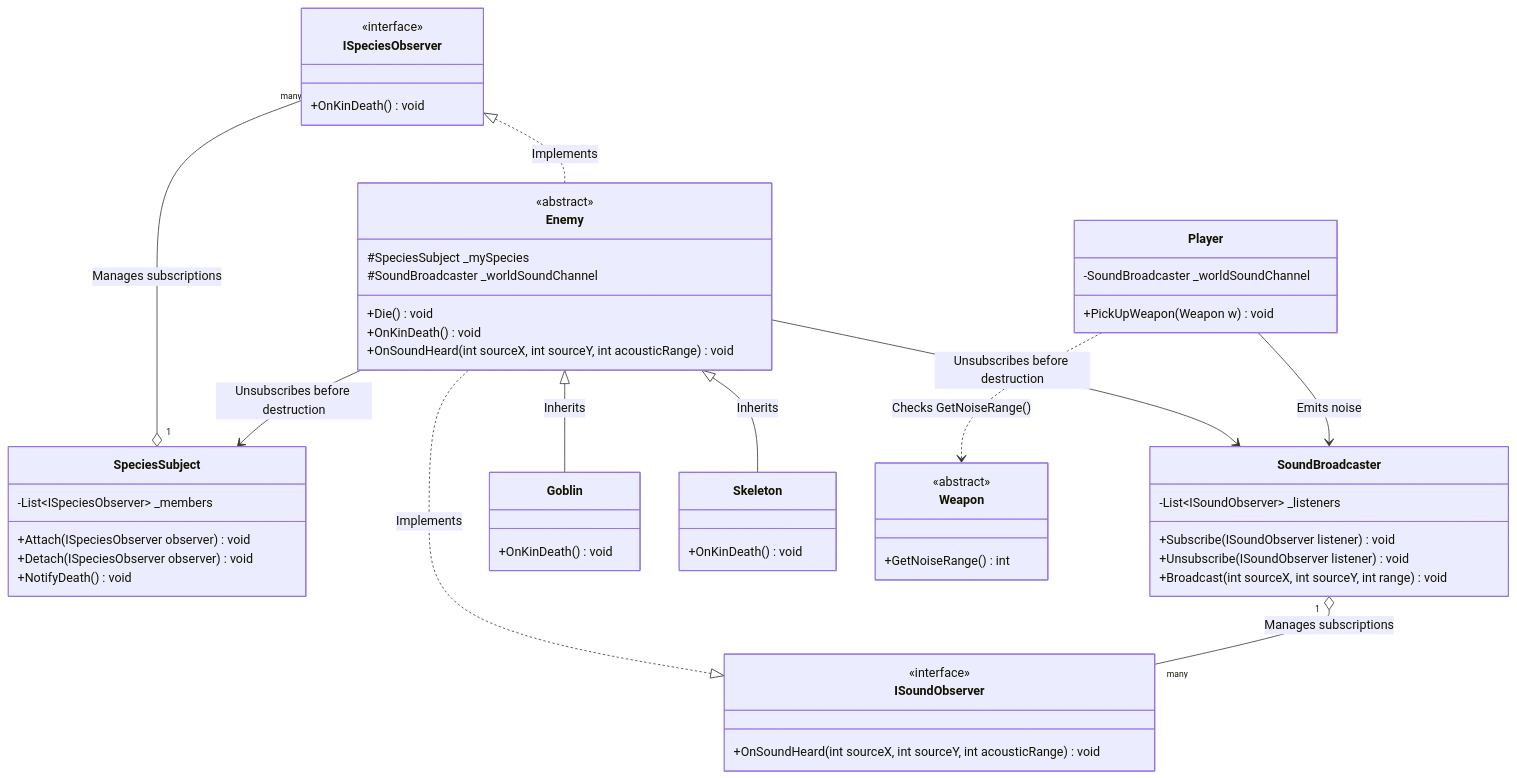
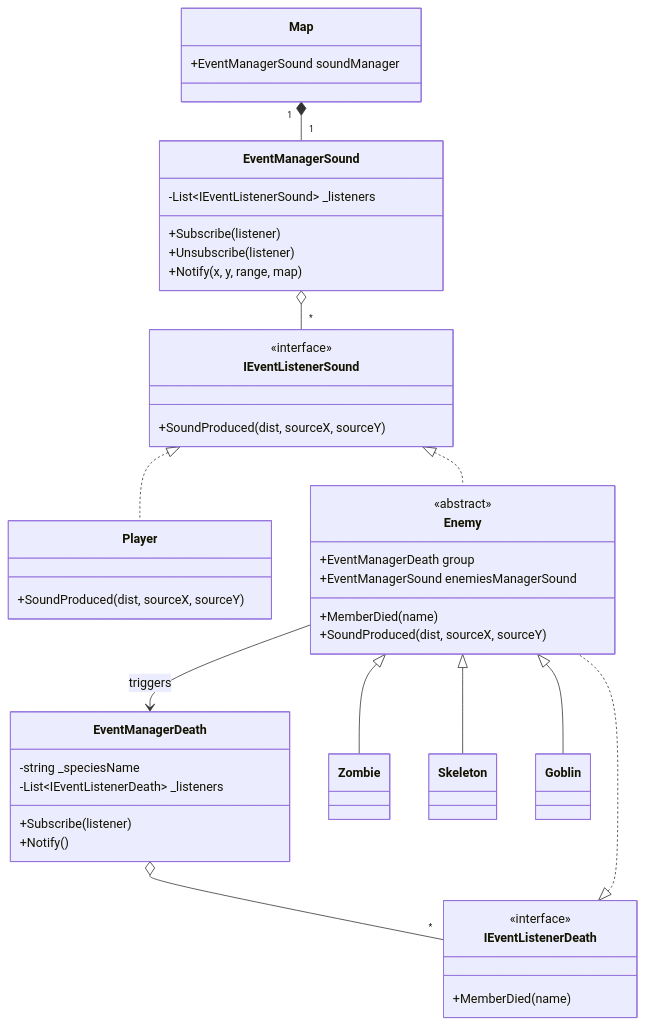
One commit to anniigr/ConsoleRPG-Game--PO changed the fourth of 5 diagrams in Readme.md. Above: the diagram before and after it, drawn with Mermaid. The commit also changed other lines of this file, not shown here.

````diff
--- a/Readme.md
+++ b/Readme.md
@@ -509,75 +461,60 @@
 ```mermaid
 classDiagram
-    direction TB
-
-    %% --- CUSTOM OBSERVER: HERD BEHAVIOR ---
-    class ISpeciesObserver {
-        <<interface>>
-        +OnKinDeath() void
+    class Map {
+        +EventManagerSound soundManager
     }
 
-    class SpeciesSubject {
-        -List~ISpeciesObserver~ _members
-        +Attach(ISpeciesObserver observer) void
-        +Detach(ISpeciesObserver observer) void
-        +NotifyDeath() void
+    class EventManagerSound {
+        -List~IEventListenerSound~ _listeners
+        +Subscribe(listener)
+        +Unsubscribe(listener)
+        +Notify(x, y, range, map)
     }
 
-    %% --- CUSTOM OBSERVER: ACOUSTIC SYSTEM ---
-    class ISoundObserver {
-        <<interface>>
-        +OnSoundHeard(int sourceX, int sourceY, int acousticRange) void
+    class EventManagerDeath {
+        -string _speciesName
+        -List~IEventListenerDeath~ _listeners
+        +Subscribe(listener)
+        +Notify()
     }
 
-    class SoundBroadcaster {
-        -List~ISoundObserver~ _listeners
-        +Subscribe(ISoundObserver listener) void
-        +Unsubscribe(ISoundObserver listener) void
-        +Broadcast(int sourceX, int sourceY, int range) void
+    class IEventListenerSound {
+        <<interface>>
+        +SoundProduced(dist, sourceX, sourceY)
     }
 
-    %% --- ENTITIES & POLYMORPHISM ---
-    class Enemy {
-        <<abstract>>
-        #SpeciesSubject _mySpecies
-        #SoundBroadcaster _worldSoundChannel
-        +Die() void
-        +OnKinDeath() void
-        +OnSoundHeard(int sourceX, int sourceY, int acousticRange) void
-    }
-
-    class Goblin {
-        +OnKinDeath() void
-        %% Lowers stats (Cowardly)
-    }
-
-    class Skeleton {
-        +OnKinDeath() void
-        %% Increases stats (Aggressive)
+    class IEventListenerDeath {
+        <<interface>>
+        +MemberDied(name)
     }
 
     class Player {
-        -SoundBroadcaster _worldSoundChannel
-        +PickUpWeapon(Weapon w) void
+        +SoundProduced(dist, sourceX, sourceY)
     }
 
-    class Weapon {
+    class Enemy {
         <<abstract>>
-        +GetNoiseRange() int
+        +EventManagerDeath group
+        +EventManagerSound enemiesManagerSound
+        +MemberDied(name)
+        +SoundProduced(dist, sourceX, sourceY)
     }
 
-    %% --- RELATIONSHIPS ---
-    ISpeciesObserver <|.. Enemy : Implements
-    ISoundObserver <|.. Enemy : Implements
+    class Zombie
+    class Skeleton
+    class Goblin
 
-    Enemy <|-- Goblin : Inherits
-    Enemy <|-- Skeleton : Inherits
+    Map "1" *-- "1" EventManagerSound
+    EventManagerSound o-- "*" IEventListenerSound
+    EventManagerDeath o-- "*" IEventListenerDeath
 
-    SpeciesSubject "1" o-- "many" ISpeciesObserver : Manages subscriptions
-    SoundBroadcaster "1" o-- "many" ISoundObserver : Manages subscriptions
+    IEventListenerSound <|.. Player
+    IEventListenerSound <|.. Enemy
+    IEventListenerDeath <|.. Enemy
 
-    Player --> SoundBroadcaster : Emits noise
-    Player ..> Weapon : Checks GetNoiseRange()
-    Enemy --> SpeciesSubject : Unsubscribes before destruction
-    Enemy --> SoundBroadcaster : Unsubscribes before destruction
+    Enemy <|-- Zombie
+    Enemy <|-- Skeleton
+    Enemy <|-- Goblin
+    
+    Enemy --> EventManagerDeath : triggers
 ```
````
